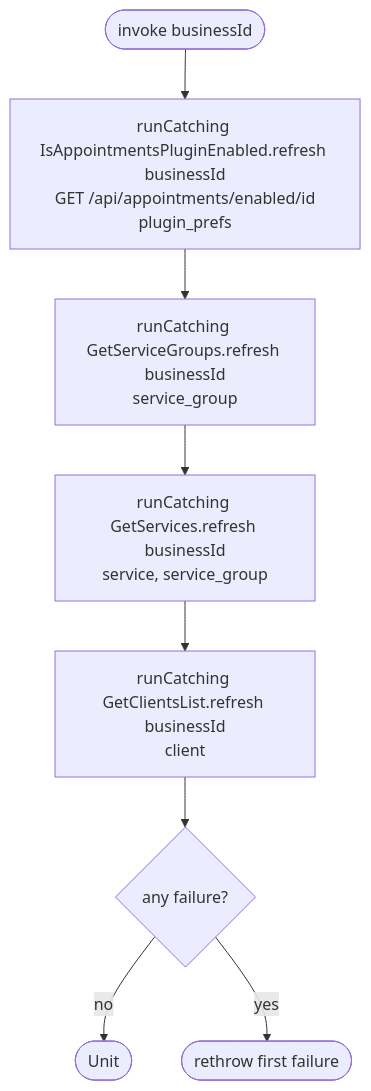
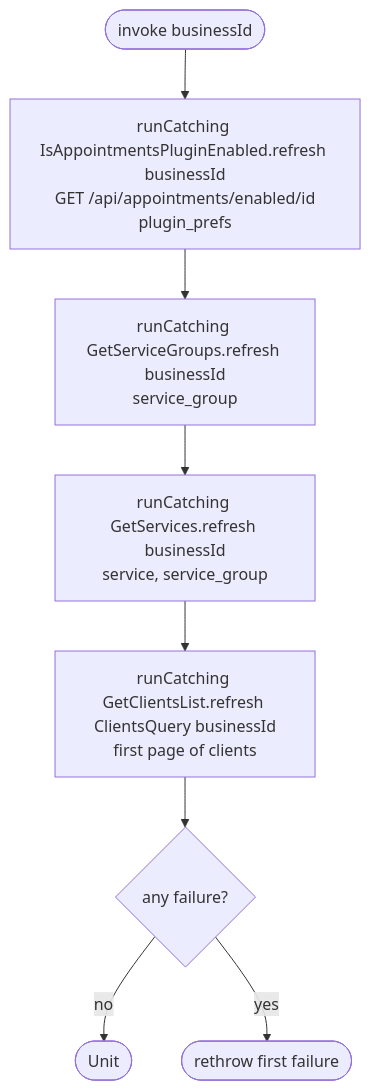
The diagram in docs/operations/business/refresh-dashboard-setup-status.md (nocturneproperties/bookkme-client), drawn with Mermaid before and after one commit. The commit also changed 46 other files, not shown here.

````diff
--- a/docs/operations/business/refresh-dashboard-setup-status.md
+++ b/docs/operations/business/refresh-dashboard-setup-status.md
@@ -23,10 +23,10 @@
 ```mermaid
 flowchart TD
     Start([invoke businessId]) --> Plug[runCatching IsAppointmentsPluginEnabled.refresh businessId<br/>GET /api/appointments/enabled/id<br/>plugin_prefs]
     Plug --> Groups[runCatching GetServiceGroups.refresh businessId<br/>service_group]
     Groups --> Services[runCatching GetServices.refresh businessId<br/>service, service_group]
-    Services --> Clients[runCatching GetClientsList.refresh businessId<br/>client]
+    Services --> Clients[runCatching GetClientsList.refresh ClientsQuery businessId<br/>first page of clients]
     Clients --> Failed{any failure?}
     Failed -- no --> R([Unit])
     Failed -- yes --> EX([rethrow first failure])
 ```
````
